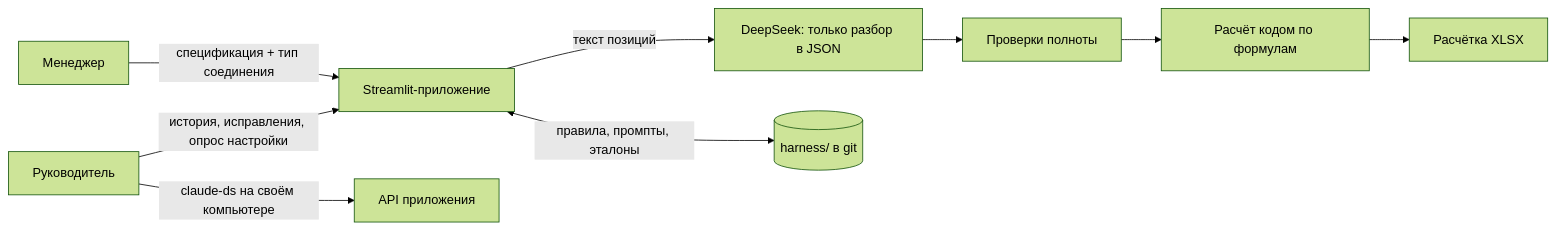
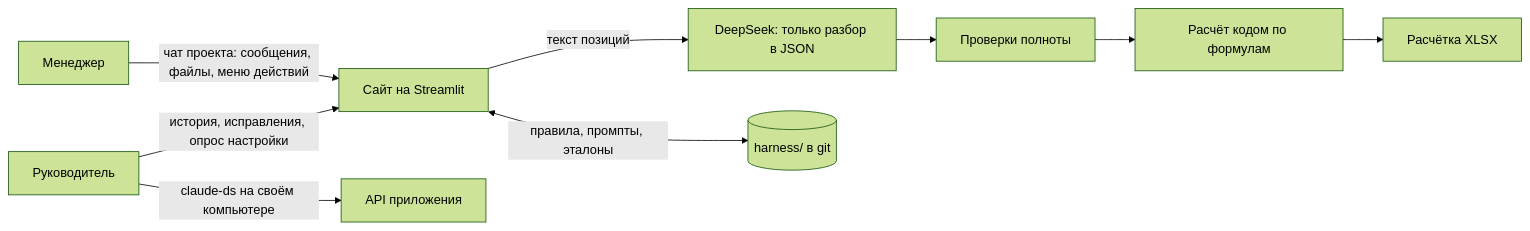
Before and after one commit to exmuzzy/ameri: the first of 2 diagrams in README.md, drawn with Mermaid (forest theme). The commit also changed other lines of this file and 1 other file, not shown here.

````diff
--- a/README.md
+++ b/README.md
@@ -9,11 +9,11 @@
 ```mermaid
 flowchart LR
-    M[Менеджер] -->|спецификация + тип соединения| APP[Streamlit-приложение]
+    M[Менеджер] -->|чат проекта: сообщения, файлы, меню действий| APP[Сайт на Streamlit]
     APP -->|текст позиций| DS[DeepSeek: только разбор в JSON]
     DS --> CHK[Проверки полноты]
     CHK --> CALC[Расчёт кодом по формулам]
     CALC --> XLSX[Расчётка XLSX]
     R[Руководитель] -->|история, исправления, опрос настройки| APP
     R -->|claude-ds на своём компьютере| API[API приложения]
     APP <-->|правила, промпты, эталоны| H[(harness/ в git)]
 ```
````
